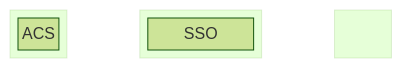
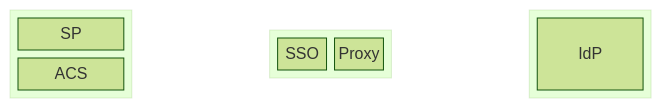
The second of 3 diagrams in README.md (mikehadlow/samlproxy), drawn with Mermaid (forest theme) before and after one commit.

Commit message:
block spacing

````diff
--- a/README.md
+++ b/README.md
@@ -26,23 +26,22 @@
 ```mermaid
 block-beta
 columns 6
-    block:SP:1
+    block
     columns 1
       SP
       ACS
     end
     space:1
-    block:Proxy:2
+    block
     columns 2
       SSO
-      Proxy
       Proxy
       ACS
     end
     space:1
-    block:IdP:1
+    block
     columns 1
       SSO
       IdP
     end
 ```
````
